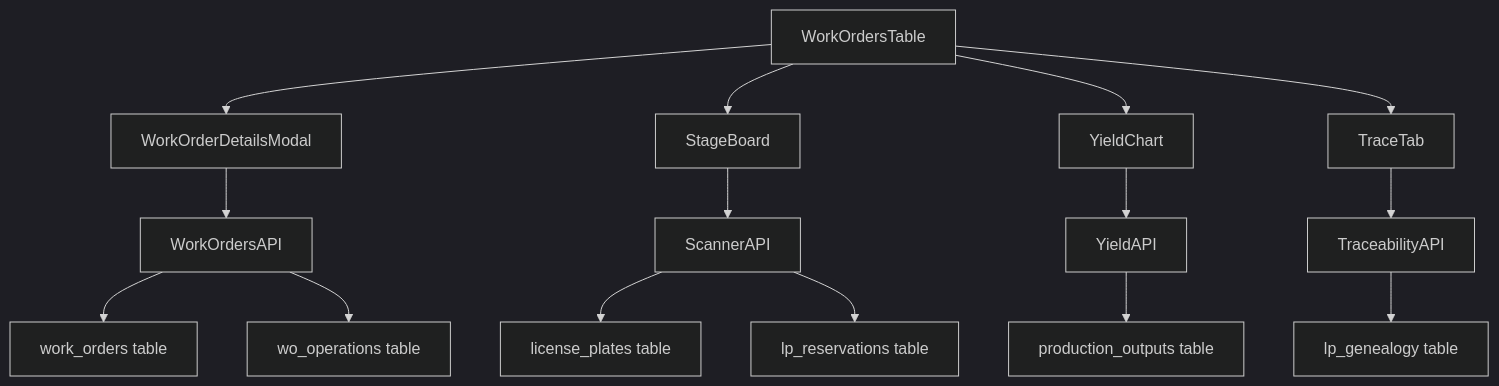
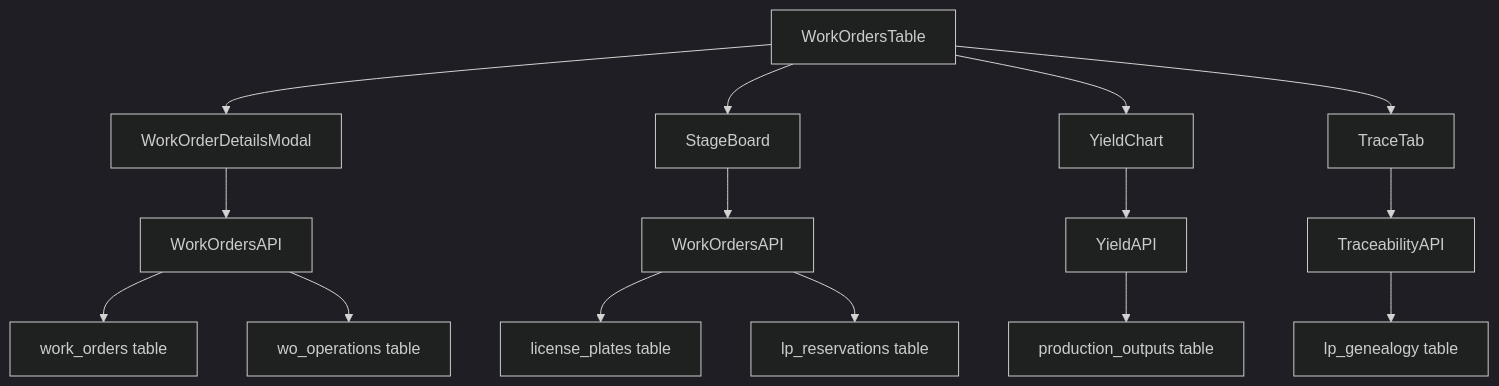
Before and after one commit to CoderMariusz/MonoPilot: the first of 4 diagrams in docs/modules/production/PRODUCTION_MODULE_GUIDE.md, drawn with Mermaid (dark theme). The commit also changed other lines of this file and 14 other files, not shown here.

````diff
--- a/docs/modules/production/PRODUCTION_MODULE_GUIDE.md
+++ b/docs/modules/production/PRODUCTION_MODULE_GUIDE.md
@@ -79,19 +85,19 @@
 ```mermaid
 graph TD
     A[WorkOrdersTable] --> B[WorkOrderDetailsModal]
     A --> C[StageBoard]
     A --> D[YieldChart]
     A --> E[TraceTab]
     
     B --> F[WorkOrdersAPI]
-    C --> G[ScannerAPI]
+    C --> G[WorkOrdersAPI]
     D --> H[YieldAPI]
     E --> I[TraceabilityAPI]
     
     F --> J[work_orders table]
     F --> K[wo_operations table]
     G --> L[license_plates table]
     G --> M[lp_reservations table]
     H --> N[production_outputs table]
     I --> O[lp_genealogy table]
 ```
````
